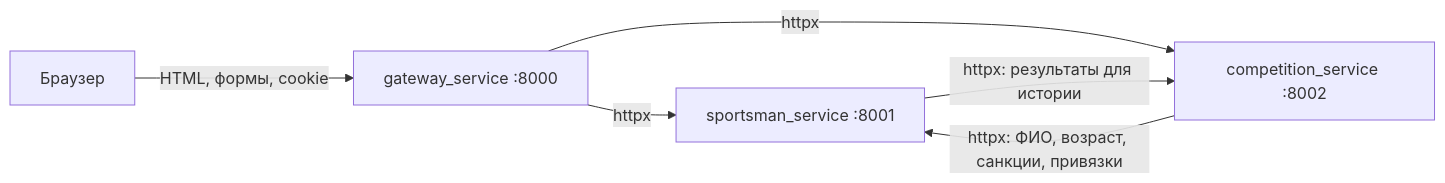
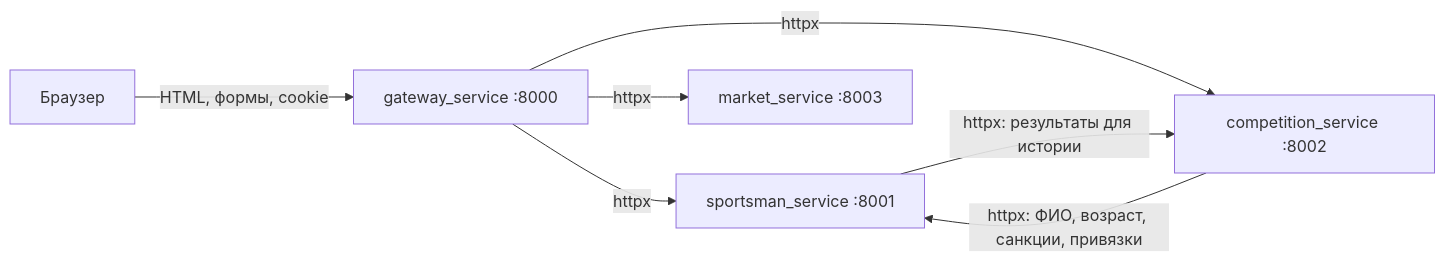
One commit to MBL15/pisunchik-3 changed the first of 2 diagrams in docs/knowledge-base/02-architecture.md. Above: the diagram before and after it, drawn with Mermaid. The commit also changed other lines of this file and 28 other files, not shown here.

````diff
--- a/docs/knowledge-base/02-architecture.md
+++ b/docs/knowledge-base/02-architecture.md
@@ -5,8 +5,9 @@
 ```mermaid
 flowchart LR
   B[Браузер] -->|HTML, формы, cookie| G[gateway_service :8000]
   G -->|httpx| S[sportsman_service :8001]
   G -->|httpx| C[competition_service :8002]
+  G -->|httpx| M[market_service :8003]
   C -->|httpx: ФИО, возраст, санкции, привязки| S
   S -->|httpx: результаты для истории| C
 ```
````
